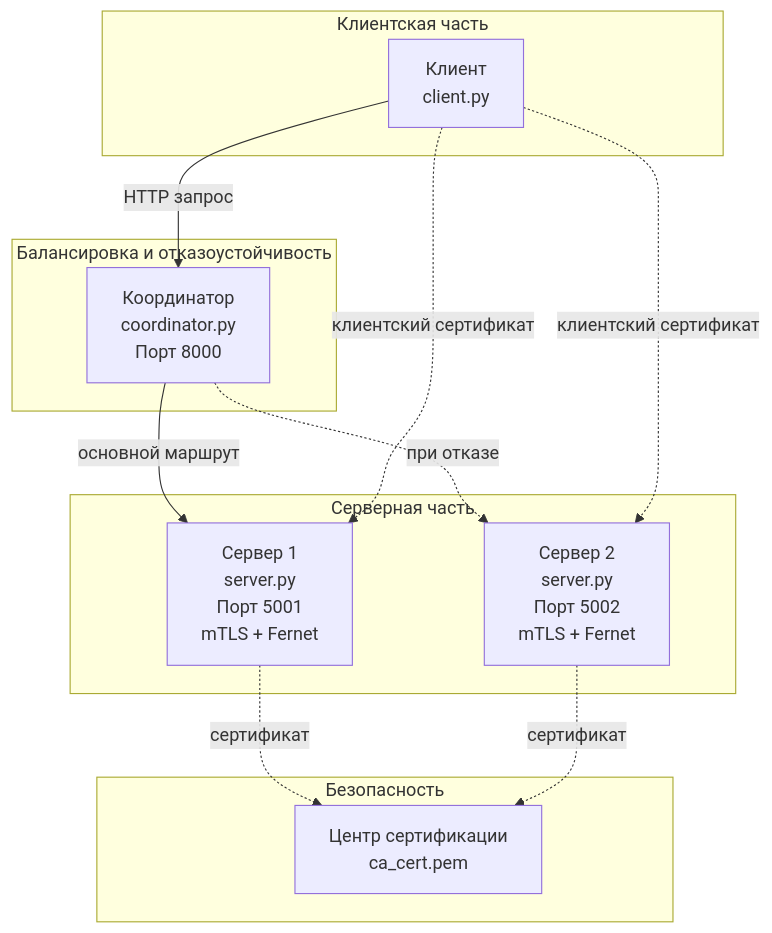
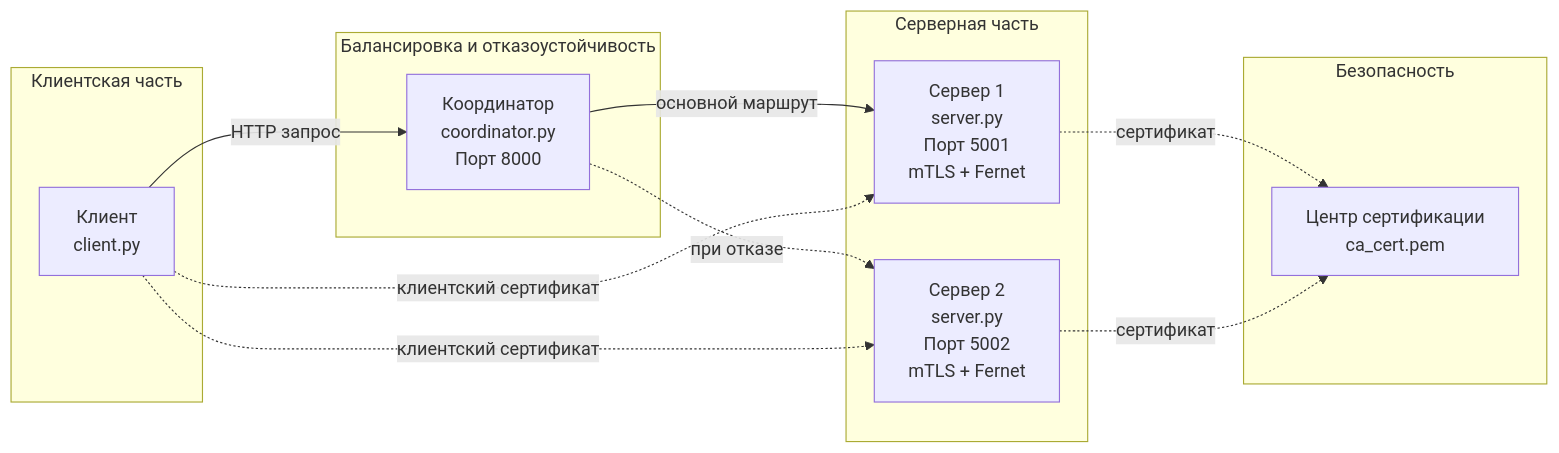
Before and after one commit to PesenkovaER/distributed-systems: the diagram in lab_04/lab_04.md, drawn with Mermaid. The commit also changed other lines of this file, not shown here.

````diff
--- a/lab_04/lab_04.md
+++ b/lab_04/lab_04.md
@@ -27,27 +27,27 @@
 ```mermaid
-graph TB
+graph LR
     subgraph "Клиентская часть"
         Client[Клиент<br/>client.py]
     end
     
     subgraph "Балансировка и отказоустойчивость"
         Coordinator[Координатор<br/>coordinator.py<br/>Порт 8000]
     end
     
     subgraph "Серверная часть"
         Server1[Сервер 1<br/>server.py<br/>Порт 5001<br/>mTLS + Fernet]
         Server2[Сервер 2<br/>server.py<br/>Порт 5002<br/>mTLS + Fernet]
     end
     
     subgraph "Безопасность"
         CA[Центр сертификации<br/>ca_cert.pem]
     end
     
     Client -->|HTTP запрос| Coordinator
     Coordinator -->|основной маршрут| Server1
     Coordinator -.->|при отказе| Server2
     Server1 -.->|сертификат| CA
     Server2 -.->|сертификат| CA
     Client -.->|клиентский сертификат| Server1
     Client -.->|клиентский сертификат| Server2
 ```
````
